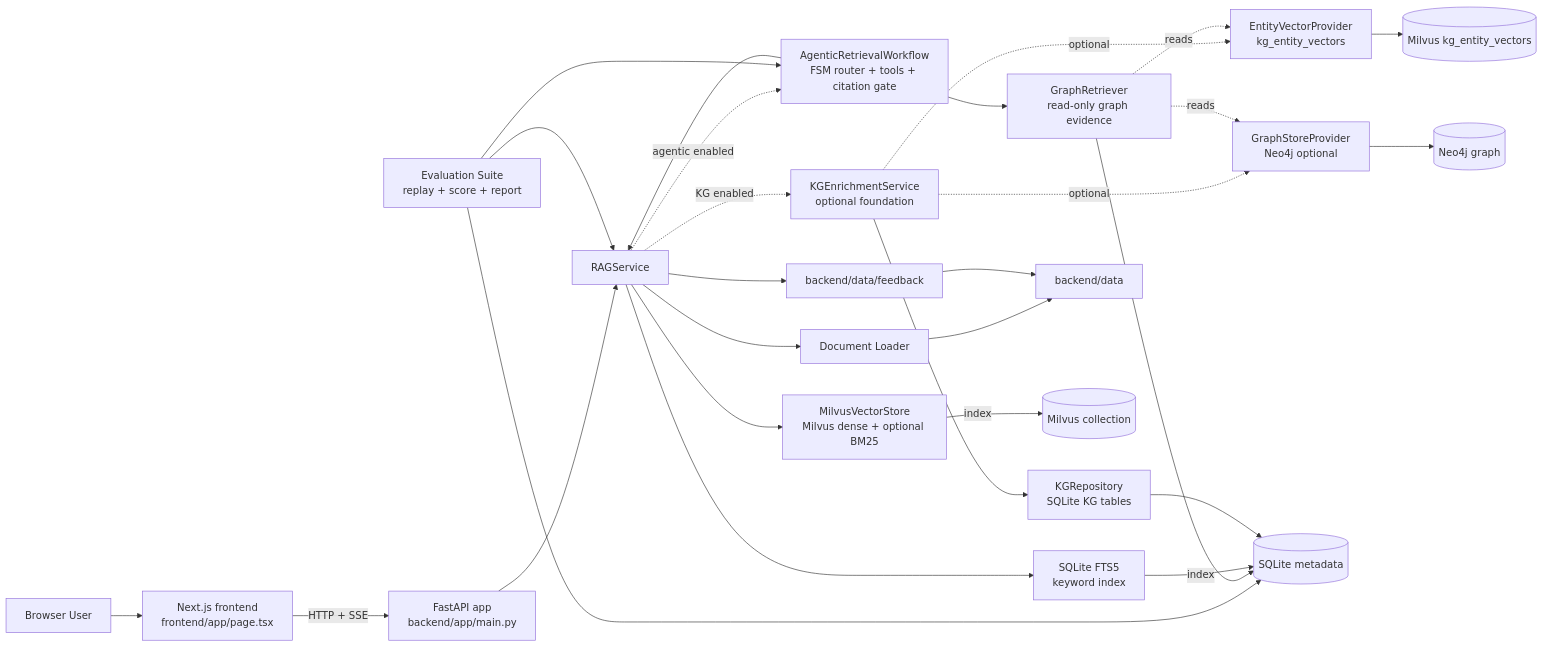
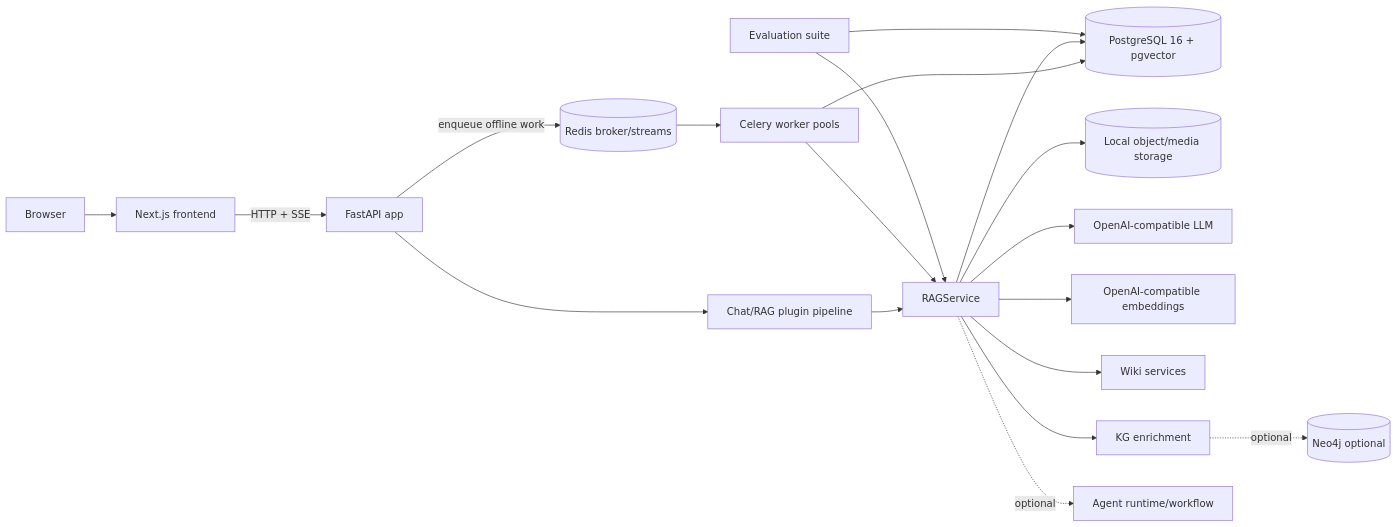
One commit to stsshenwei/Bee changed the diagram in docs/ARCHITECTURE.md. Above: the diagram before and after it, drawn with Mermaid. The commit also changed other lines of this file and 302 other files, not shown here.

````diff
--- a/docs/ARCHITECTURE.md
+++ b/docs/ARCHITECTURE.md
@@ -18,47 +12,38 @@
 ```mermaid
 flowchart LR
-    U[Browser User]
-    FE[Next.js frontend\nfrontend/app/page.tsx]
-    API[FastAPI app\nbackend/app/main.py]
+    U[Browser]
+    FE[Next.js frontend]
+    API[FastAPI app]
     RAG[RAGService]
-    VS[MilvusVectorStore\nMilvus dense + optional BM25]
-    FTS[SQLite FTS5\nkeyword index]
-    KG[KGEnrichmentService\noptional foundation]
-    KGR[KGRepository\nSQLite KG tables]
-    EV[EntityVectorProvider\nkg_entity_vectors]
-    GS[GraphStoreProvider\nNeo4j optional]
-    GR[GraphRetriever\nread-only graph evidence]
-    Agent[AgenticRetrievalWorkflow\nFSM router + tools + citation gate]
-    EVAL[Evaluation Suite\nreplay + score + report]
-    DL[Document Loader]
-    DATA[backend/data]
-    FB[backend/data/feedback]
+    PIPE[Chat/RAG plugin pipeline]
+    PG[(PostgreSQL 16 + pgvector)]
+    REDIS[(Redis broker/streams)]
+    WORKERS[Celery worker pools]
+    OBJ[(Local object/media storage)]
+    LLM[OpenAI-compatible LLM]
+    EMB[OpenAI-compatible embeddings]
+    WIKI[Wiki services]
+    KG[KG enrichment]
+    GRAPH[(Neo4j optional)]
+    EVAL[Evaluation suite]
+    AGENT[Agent runtime/workflow]
 
     U --> FE
     FE -->|HTTP + SSE| API
-    API --> RAG
-    RAG -. agentic enabled .-> Agent
-    Agent --> RAG
-    Agent --> GR
+    API --> PIPE
+    PIPE --> RAG
+    API -->|enqueue offline work| REDIS
+    REDIS --> WORKERS
+    WORKERS --> RAG
+    WORKERS --> PG
+    RAG --> PG
+    RAG --> OBJ
+    RAG --> LLM
+    RAG --> EMB
+    RAG --> WIKI
+    RAG --> KG
+    KG -. optional .-> GRAPH
+    RAG -. optional .-> AGENT
     EVAL --> RAG
-    EVAL --> Agent
-    EVAL --> META
-    RAG --> DL
-    DL --> DATA
-    RAG --> VS
-    RAG --> FTS
-    RAG -. KG enabled .-> KG
-    KG --> KGR
-    KG -. optional .-> EV
-    KG -. optional .-> GS
-    GR -. reads .-> EV
-    GR -. reads .-> GS
-    GR --> META
-    VS -->|index| DATASTORE[(Milvus collection)]
-    FTS -->|index| META[(SQLite metadata)]
-    KGR --> META
-    EV --> ENTITYSTORE[(Milvus kg_entity_vectors)]
-    GS --> GRAPH[(Neo4j graph)]
-    RAG --> FB
-    FB --> DATA
+    EVAL --> PG
 ```
````
